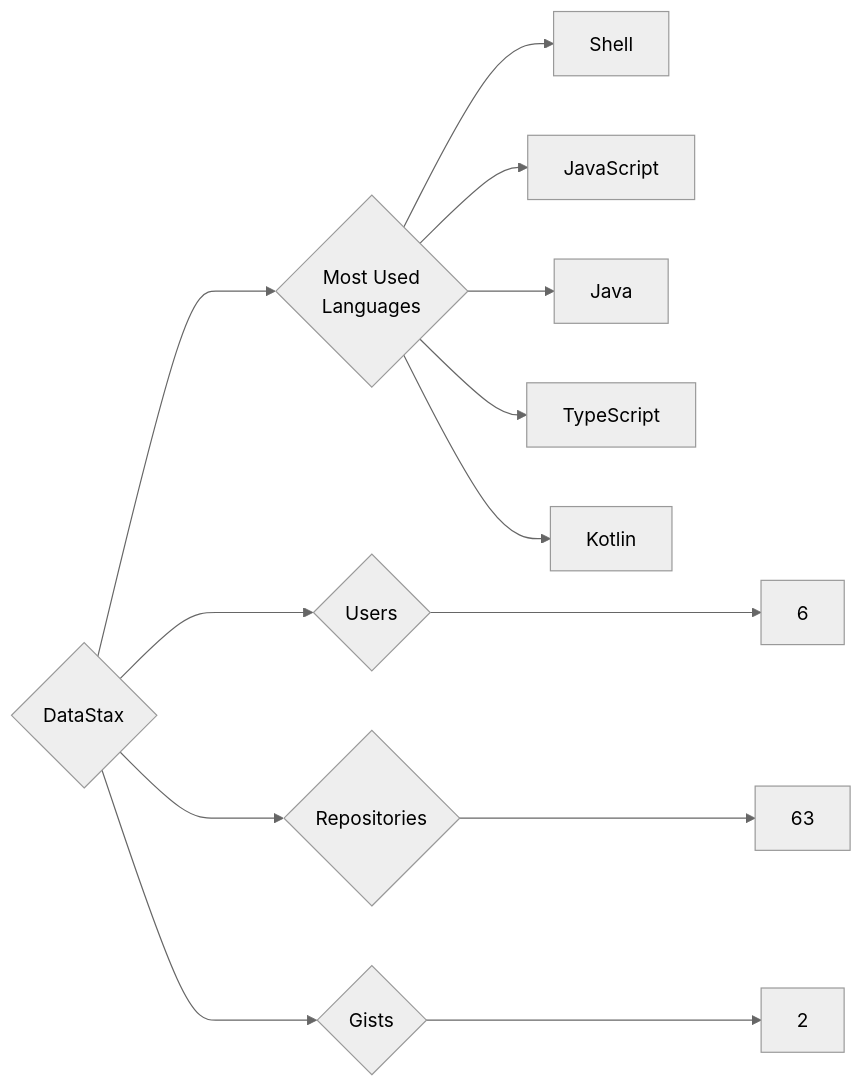
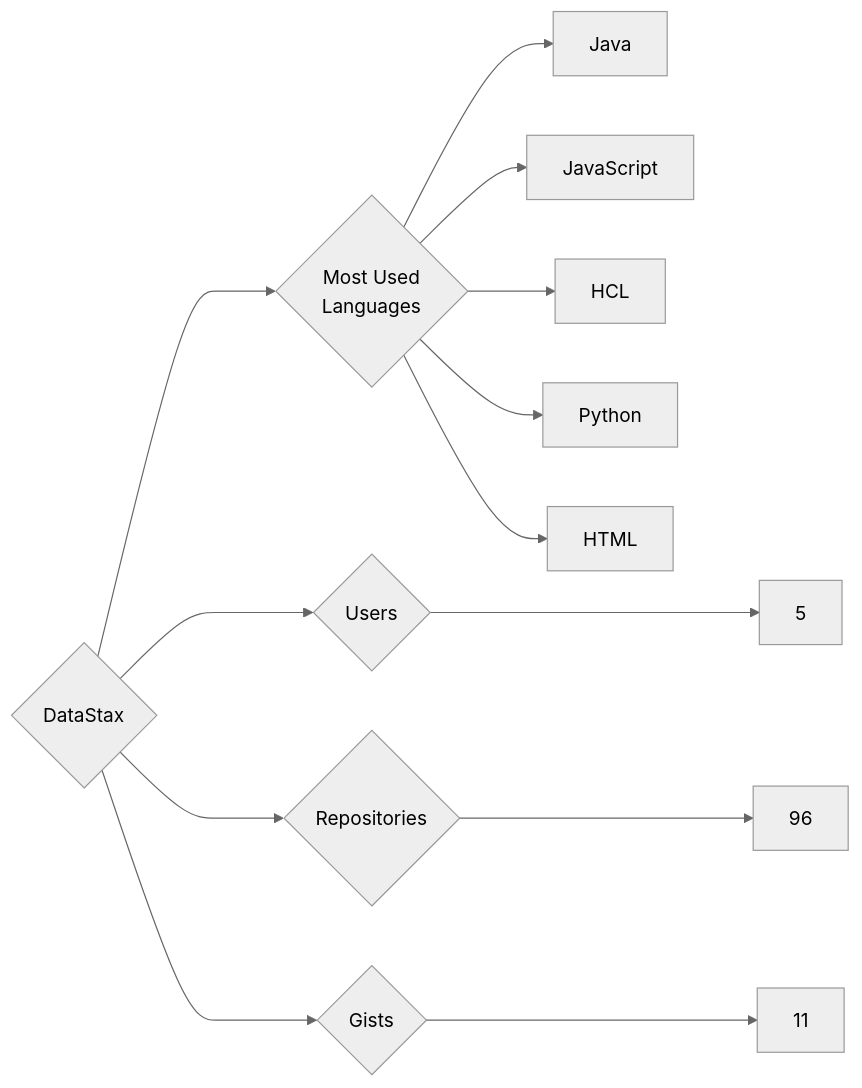
One commit to trickest/insiders changed the diagram in targets/DataStax/README.md. Above: the diagram before and after it, drawn with Mermaid (neutral theme). The commit also changed 1212 other files, not shown here.

````diff
--- a/targets/DataStax/README.md
+++ b/targets/DataStax/README.md
@@ -3,13 +3,13 @@
 ```mermaid
 graph LR
 COMPANY_NAME{DataStax}
-COMPANY_NAME ---> U{Users} ---> UN[6]
-COMPANY_NAME ---> R{Repositories} ---> RN[63]
-COMPANY_NAME ---> G{Gists} ---> GN[2]
+COMPANY_NAME ---> U{Users} ---> UN[5]
+COMPANY_NAME ---> R{Repositories} ---> RN[96]
+COMPANY_NAME ---> G{Gists} ---> GN[11]
 COMPANY_NAME ---> ML{Most Used<br>Languages}
-ML --> Shell[Shell]
+ML --> Java[Java]
 ML --> JavaScript[JavaScript]
-ML --> Java[Java]
-ML --> TypeScript[TypeScript]
-ML --> Kotlin[Kotlin]
+ML --> HCL[HCL]
+ML --> Python[Python]
+ML --> HTML[HTML]
 ```
````
